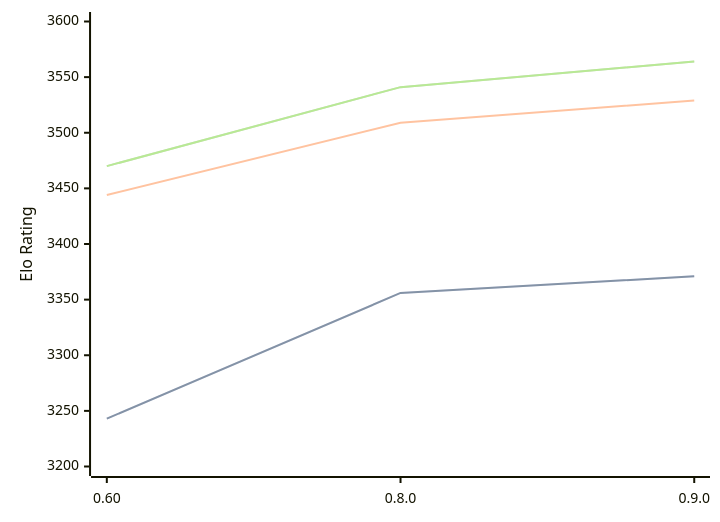
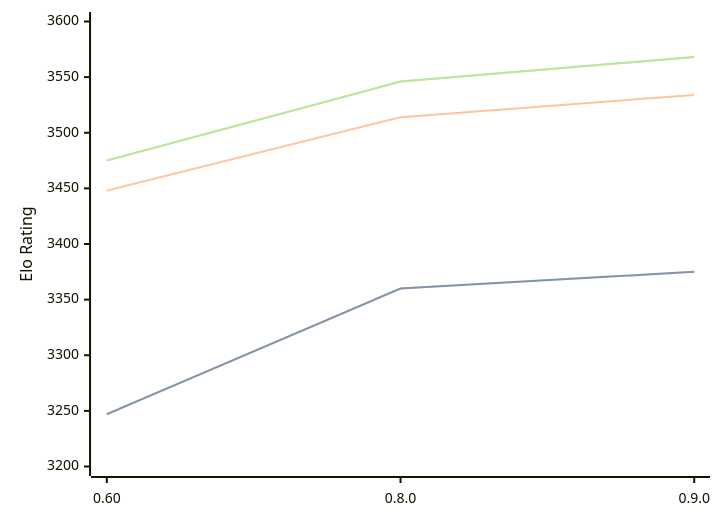
Before and after one commit to computer-chess-index/cci: the diagram in engines/Motor.md, drawn with Mermaid. The commit also changed other lines of this file, not shown here.

Commit message:
Update CCI Ratings (ELO VLTC) - 2026-04-18

````diff
--- a/engines/Motor.md
+++ b/engines/Motor.md
@@ -39,11 +39,11 @@
 ```mermaid
 %%{init: {"theme":"base","themeVariables":{"seriesColors:['#a3a3a3','#222221','#faa371']}}}%%
 xychart-beta
   x-axis ["0.60", "0.8.0", "0.9.0"]
   y-axis "Elo Rating" 3200 --> 3600
-  line "STC (8.0+0.08s)" [3243, 3356, 3371]
-  line "STC (8.0+0.08s)" [3243, 3356, 3371]
-  line "LTC (60.0+0.60s)" [3444, 3509, 3529]
-  line "VLTC (2m24s+1.12s)" [3470, 3541, 3564]
-  line "VLTC (2m24s+1.12s)" [3470, 3541, 3564]
+  line "STC (8.0+0.08s)" [3247, 3360, 3375]
+  line "STC (8.0+0.08s)" [3247, 3360, 3375]
+  line "LTC (60.0+0.60s)" [3448, 3514, 3534]
+  line "VLTC (2m24s+1.12s)" [3475, 3546, 3568]
+  line "VLTC (2m24s+1.12s)" [3475, 3546, 3568]
 ```
````
